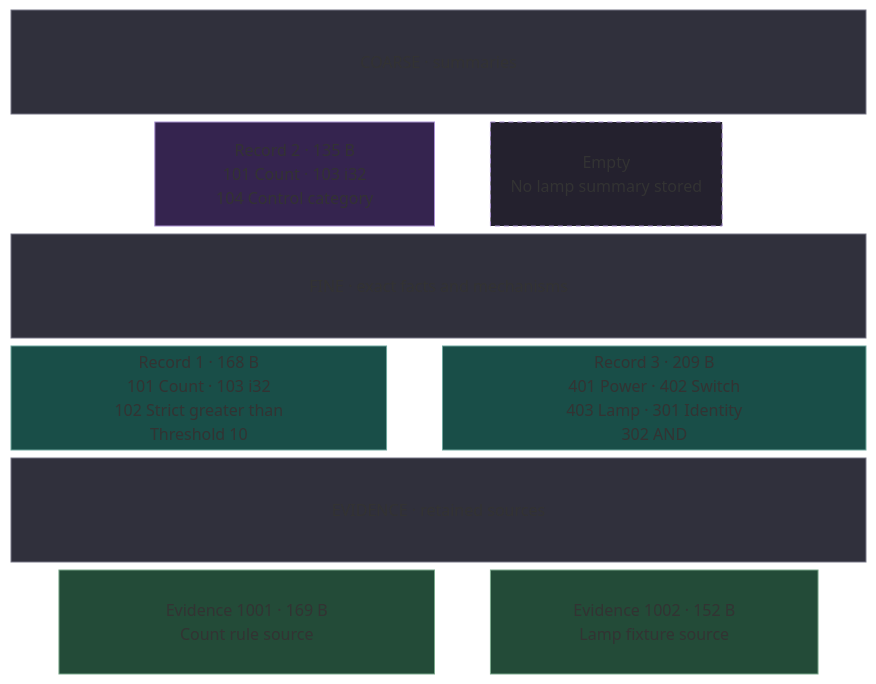
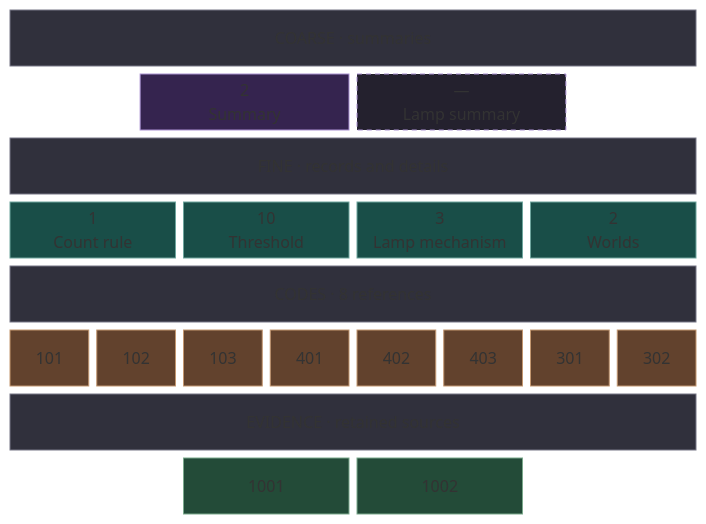
One commit to Kian-hdr/lore-demo changed the eighth of 9 diagrams in README.md. Above: the diagram before and after it, drawn with Mermaid. The commit also changed other lines of this file and 1 other file, not shown here.

Commit message:
Match the memory cards to the numeric pyramid layout

````diff
--- a/README.md
+++ b/README.md
@@ -227,19 +227,32 @@
 ```mermaid
 block-beta
-    columns 18
-    coarse["COARSE · summaries"]:18
-    space:3 summary["Record 2 · 135 B<br/>101 Count · 103 i32<br/>104 Control category"]:6 space:1 empty["Empty<br/>No lamp summary stored"]:5 space:3
-    fine["FINE · exact facts and mechanisms"]:18
-    count["Record 1 · 168 B<br/>101 Count · 103 i32<br/>102 Strict greater than<br/>Threshold 10"]:8 space:1 lamp["Record 3 · 209 B<br/>401 Power · 402 Switch<br/>403 Lamp · 301 Identity<br/>302 AND"]:9
-    evidence["EVIDENCE · retained sources"]:18
-    space:1 countsource["Evidence 1001 · 169 B<br/>Count rule source"]:8 space:1 lampsource["Evidence 1002 · 152 B<br/>Lamp fixture source"]:7 space:1
-    style coarse fill:#30303c,stroke:#777786,color:#ffffff,font-size:20px;
-    style fine fill:#30303c,stroke:#777786,color:#ffffff,font-size:20px;
-    style evidence fill:#30303c,stroke:#777786,color:#ffffff,font-size:20px;
-    style summary fill:#35244f,stroke:#aa91d2,color:#ffffff;
-    style empty fill:#24212e,stroke:#aa91d2,color:#e3d8f2,stroke-dasharray:5 4;
-    style count fill:#194e48,stroke:#6ea59d,color:#ffffff;
-    style lamp fill:#194e48,stroke:#6ea59d,color:#ffffff;
-    style countsource fill:#234b38,stroke:#7ba98c,color:#ffffff;
-    style lampsource fill:#234b38,stroke:#7ba98c,color:#ffffff;
+    columns 16
+    coarse["COARSE · summaries"]:16
+    space:3 summary["2<br/>Summary"]:5 empty["—<br/>Lamp summary"]:5 space:3
+    fine["FINE · records and details"]:16
+    count["1<br/>Count rule"]:4 threshold["10<br/>Threshold"]:4 lamp["3<br/>Lamp mechanism"]:4 worlds["2<br/>Worlds"]:4
+    codes["CODES · 8 references"]:16
+    c1["101"]:2 c2["102"]:2 c3["103"]:2 c4["401"]:2 c5["402"]:2 c6["403"]:2 c7["301"]:2 c8["302"]:2
+    evidence["EVIDENCE · retained sources"]:16
+    space:4 countsource["1001"]:4 lampsource["1002"]:4 space:4
+    style coarse fill:#30303c,stroke:#777786,color:#ffffff,font-size:18px;
+    style fine fill:#30303c,stroke:#777786,color:#ffffff,font-size:18px;
+    style codes fill:#30303c,stroke:#777786,color:#ffffff,font-size:18px;
+    style evidence fill:#30303c,stroke:#777786,color:#ffffff,font-size:18px;
+    style summary fill:#35244f,stroke:#aa91d2,color:#ffffff,font-size:28px;
+    style empty fill:#24212e,stroke:#aa91d2,color:#e3d8f2,font-size:28px,stroke-dasharray:5 4;
+    style count fill:#194e48,stroke:#6ea59d,color:#ffffff,font-size:24px;
+    style threshold fill:#194e48,stroke:#6ea59d,color:#ffffff,font-size:24px;
+    style lamp fill:#194e48,stroke:#6ea59d,color:#ffffff,font-size:24px;
+    style worlds fill:#194e48,stroke:#6ea59d,color:#ffffff,font-size:24px;
+    style c1 fill:#62422d,stroke:#c39770,color:#ffffff,font-size:20px;
+    style c2 fill:#62422d,stroke:#c39770,color:#ffffff,font-size:20px;
+    style c3 fill:#62422d,stroke:#c39770,color:#ffffff,font-size:20px;
+    style c4 fill:#62422d,stroke:#c39770,color:#ffffff,font-size:20px;
+    style c5 fill:#62422d,stroke:#c39770,color:#ffffff,font-size:20px;
+    style c6 fill:#62422d,stroke:#c39770,color:#ffffff,font-size:20px;
+    style c7 fill:#62422d,stroke:#c39770,color:#ffffff,font-size:20px;
+    style c8 fill:#62422d,stroke:#c39770,color:#ffffff,font-size:20px;
+    style countsource fill:#234b38,stroke:#7ba98c,color:#ffffff,font-size:22px;
+    style lampsource fill:#234b38,stroke:#7ba98c,color:#ffffff,font-size:22px;
 ```
````
